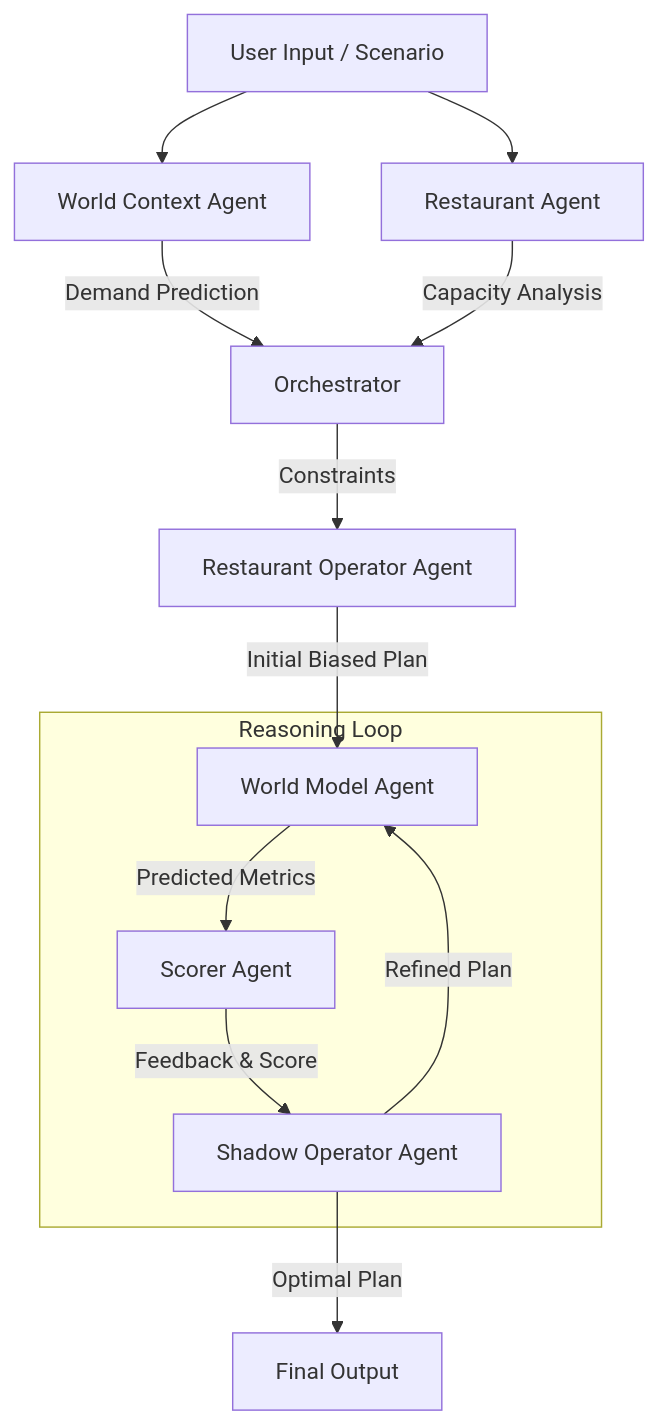
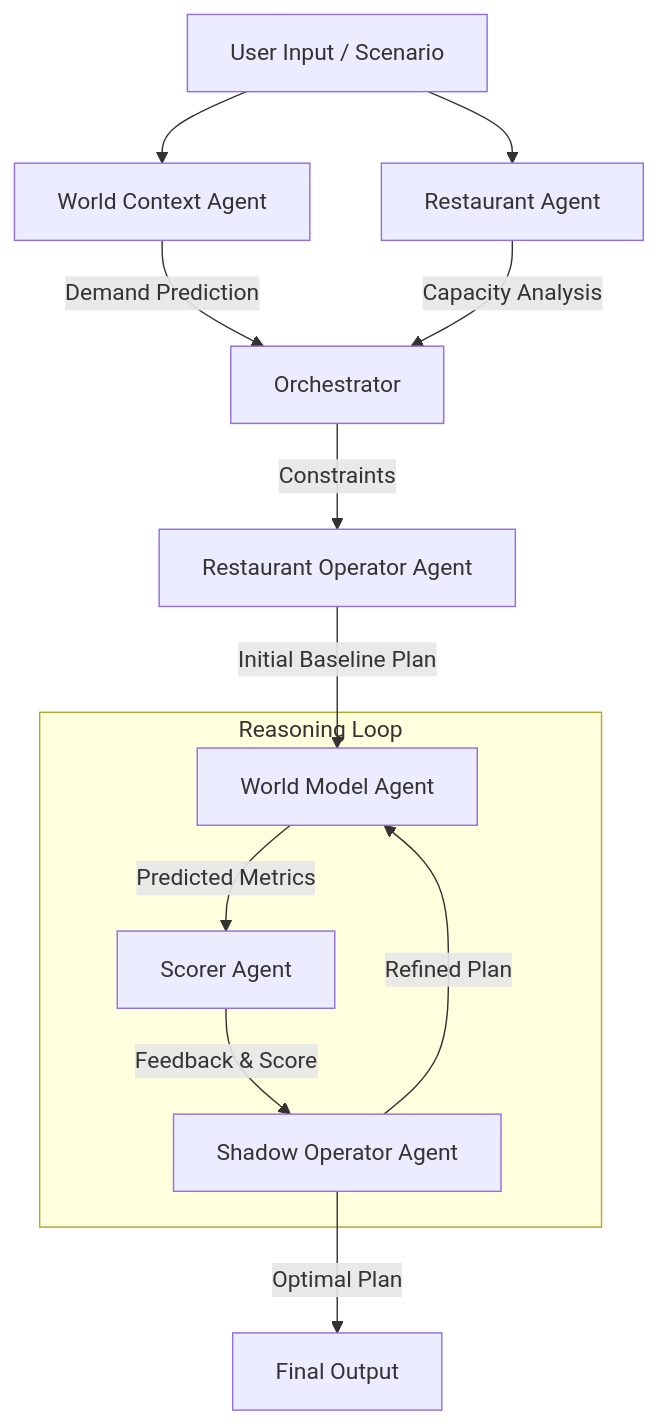
One commit to parthio1/qsr-world-model changed the diagram in README.md. Above: the diagram before and after it, drawn with Mermaid. The commit also changed other lines of this file and 1 other file, not shown here.

Commit message:
docs: update READMEs with refined world model loops and agent descriptions

````diff
--- a/README.md
+++ b/README.md
@@ -50,19 +50,19 @@
 ```mermaid
 graph TD
     User[User Input / Scenario] --> Context[World Context Agent]
     User --> Rest[Restaurant Agent]
     
     Context --> |Demand Prediction| Orchestrator
     Rest --> |Capacity Analysis| Orchestrator
     
     Orchestrator --> |Constraints| Operator[Restaurant Operator Agent]
-    Operator --> |Initial Biased Plan| WM[World Model Agent]
+    Operator --> |Initial Baseline Plan| WM[World Model Agent]
     
     subgraph "Reasoning Loop"
         WM --> |Predicted Metrics| Scorer[Scorer Agent]
         Scorer --> |Feedback & Score| Shadow[Shadow Operator Agent]
         Shadow --> |Refined Plan| WM
     end
     
     Shadow --> |Optimal Plan| Final[Final Output]
 ```
````
